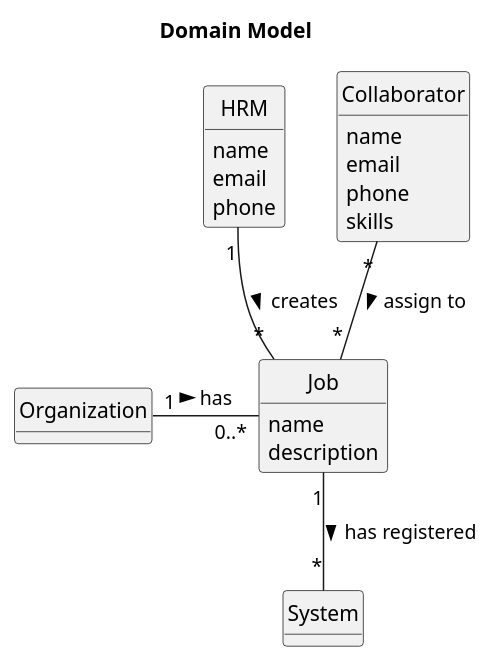
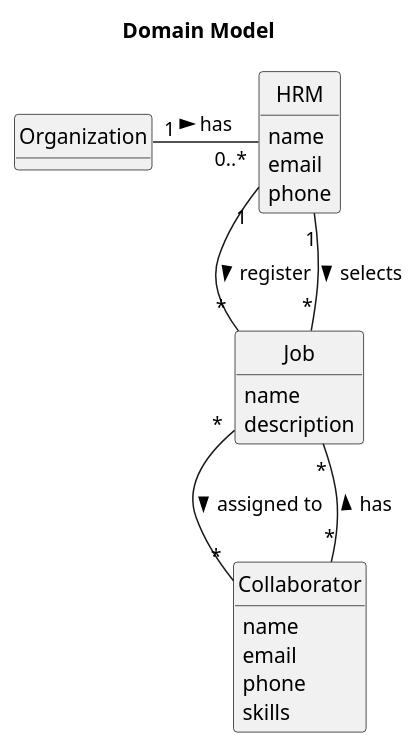
The diagram in docs/sprintA/us002/02.analysis/puml/us002-domain-model.puml (daniel41silva05/ISEP_2023_2024_LAPR2), drawn with PlantUML before and after one commit. The commit also changed 3 other files, not shown here.

```diff
--- a/docs/sprintA/us002/02.analysis/puml/us002-domain-model.puml
+++ b/docs/sprintA/us002/02.analysis/puml/us002-domain-model.puml
@@ -1,43 +1,44 @@
 @startuml
 skinparam monochrome true
 skinparam packageStyle rectangle
 skinparam shadowing false
 
 'left to right direction
 
 skinparam classAttributeIconSize 0
 
 hide circle
 hide methods
 
 title Domain Model
 
 class Organization {
 
 }
 
 class Job {
     name
     description
 
 }
 
 class HRM {
     name
     email
     phone
 }
 
 class Collaborator {
     name
     email
     phone
     skills
 }
 
-Organization "1" - "0..*" Job: has >
-Job "1" -- "*" System : has registered >
-HRM "1" -- "*" Job : creates   >
-Collaborator "*" -- "*" Job : assign to >
+Organization "1" - "0..*" HRM: has >
+HRM "1" -- "*" Job : register   >
+HRM "1" -- "*" Job : selects   >
+Collaborator "*" -- "*" Job : has >
+Job "*" -- "*" Collaborator: assigned to >
 
 @enduml
```
